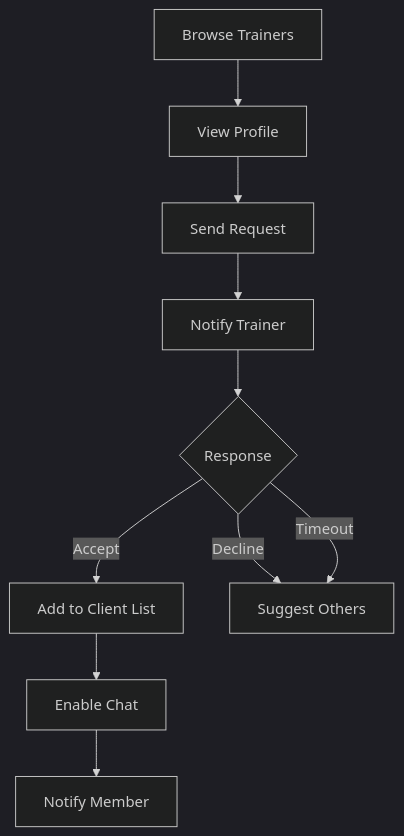
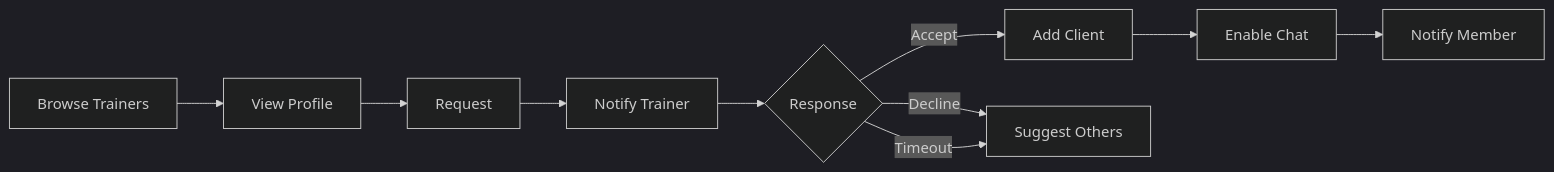
The fifth of 14 diagrams in docs/workflows.md (coded-with-aryan0426/gym-management-system-fullstack), drawn with Mermaid (dark theme) before and after one commit. The commit also changed other lines of this file and 16 other files, not shown here.

````diff
--- a/docs/workflows.md
+++ b/docs/workflows.md
@@ -95,12 +105,12 @@
 ```mermaid
-flowchart TB
+flowchart LR
     A[Browse Trainers] --> B[View Profile]
-    B --> C[Send Request]
+    B --> C[Request]
     C --> D[Notify Trainer]
     D --> E{Response}
-    E -->|Accept| F[Add to Client List]
-    E -->|Decline| G[Suggest Others]
-    E -->|Timeout| G
-    F --> H[Enable Chat]
-    H --> I[Notify Member]
+    E -->|Accept| F[Add Client]
+    F --> G[Enable Chat]
+    G --> H[Notify Member]
+    E -->|Decline| I[Suggest Others]
+    E -->|Timeout| I
 ```
````
